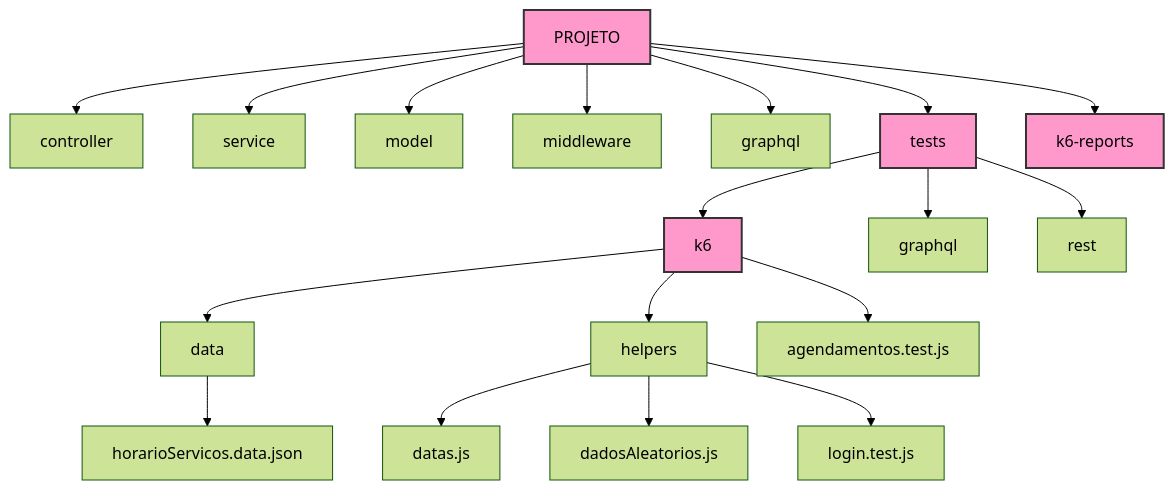
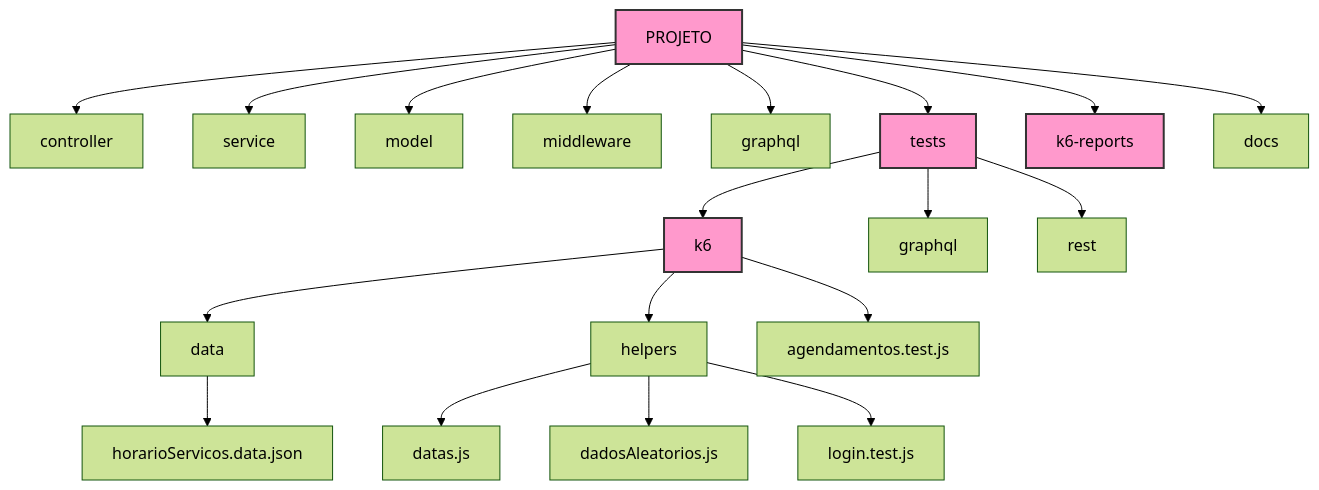
Before and after one commit to jessymachado/trabalho-conclusao-testes-de-performance: the diagram in README_K6.md, drawn with Mermaid (forest theme). The commit also changed other lines of this file and 1 other file, not shown here.

````diff
--- a/README_K6.md
+++ b/README_K6.md
@@ -2,33 +2,34 @@
   ```mermaid
 graph TD
     A[PROJETO]
 
     A --> B[controller]
     A --> C[service]
     A --> D[model]
     A --> E[middleware]
     A --> F[graphql]
     A --> G[tests]
     A --> H[k6-reports]
+    A --> Z[docs]
 
     %% Tests
     G --> I[k6]
     G --> J[graphql]
     G --> K[rest]
     I --> L[data]
     I --> M[helpers]
     I --> N[agendamentos.test.js]
 
     %% Data Driven
     L --> O[horarioServicos.data.json]
 
     %% Helpers 
     M --> P[datas.js]
     M --> Q[dadosAleatorios.js]
     M --> R[login.test.js]
 
     style A fill:#f9c,stroke:#333,stroke-width:2px,color:#000
     style G fill:#f9c,stroke:#333,stroke-width:2px,color:#000
     style H fill:#f9c,stroke:#333,stroke-width:2px,color:#000
     style I fill:#f9c,stroke:#333,stroke-width:2px,color:#000
 ```
````
